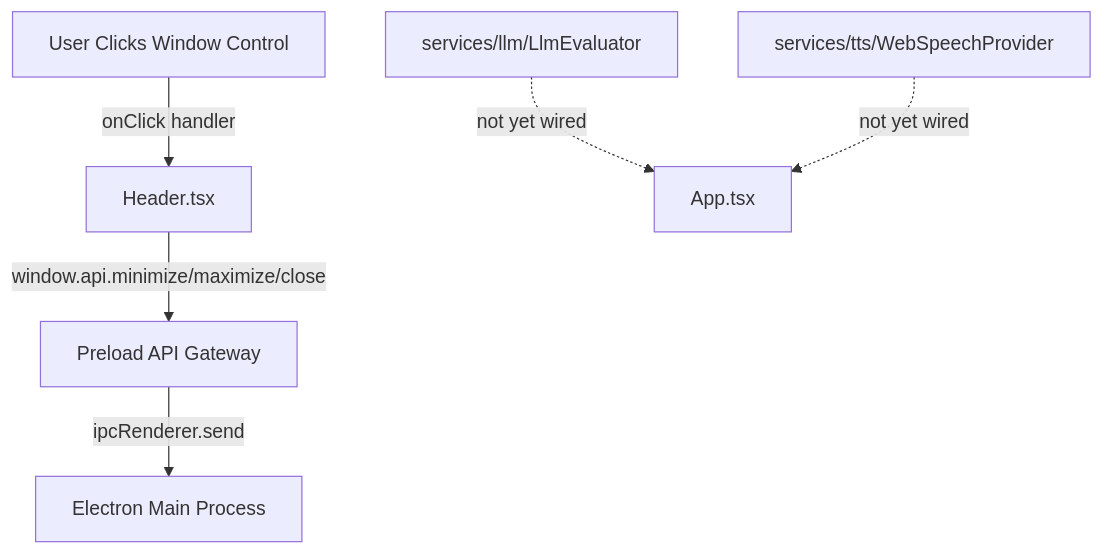
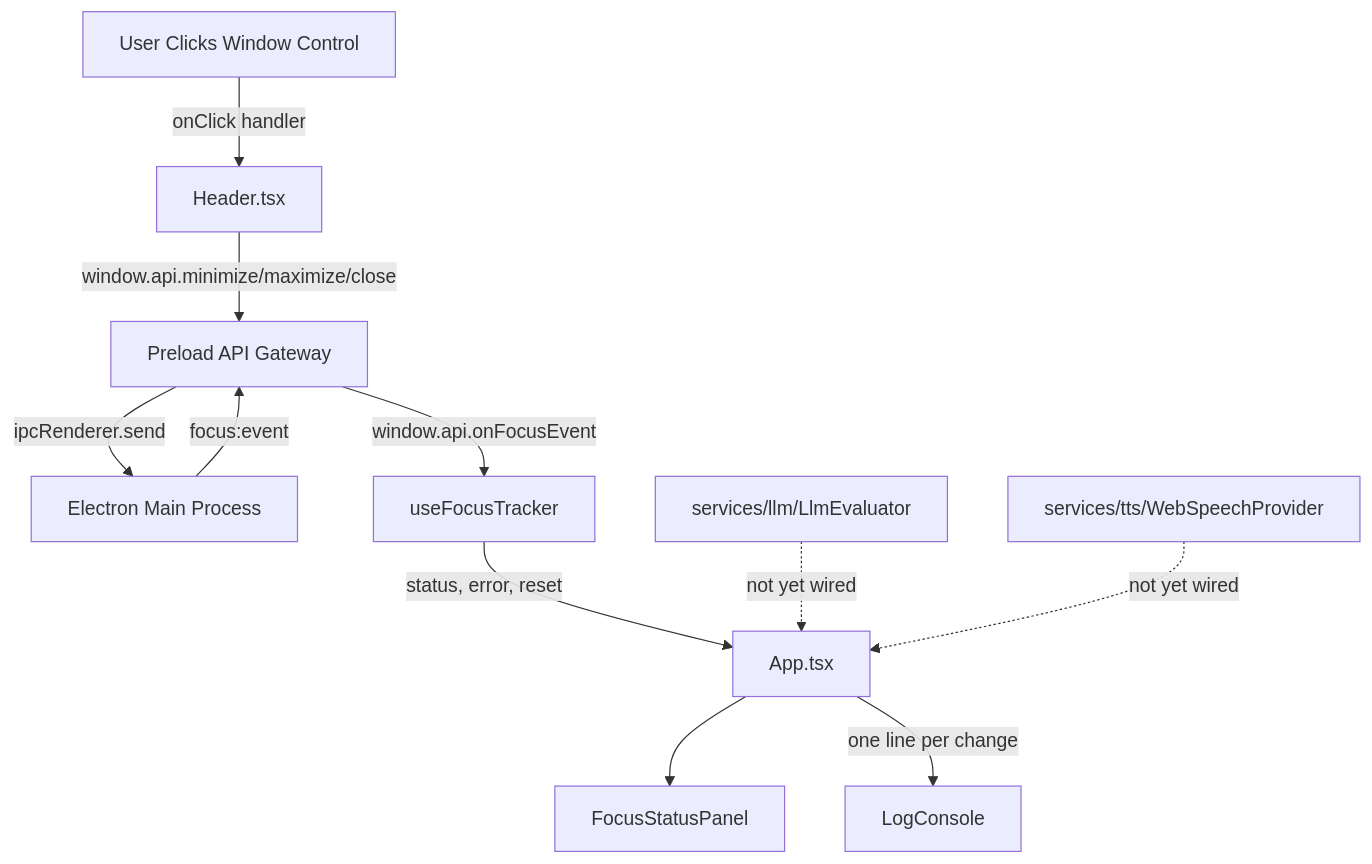
The diagram in src/renderer/CONTEXT.md (Masterslayer7/FocusSentinel), drawn with Mermaid before and after one commit. The commit also changed other lines of this file and 12 other files, not shown here.

First line of the commit message:
feat(focus): show live focus status in the app (Milestone 4)

````diff
--- a/src/renderer/CONTEXT.md
+++ b/src/renderer/CONTEXT.md
@@ -25,9 +29,15 @@
 ```mermaid
 graph TD
     User[User Clicks Window Control] -->|onClick handler| Header[Header.tsx]
     Header -->|window.api.minimize/maximize/close| Preload[Preload API Gateway]
     Preload -->|ipcRenderer.send| Main[Electron Main Process]
 
-    LLM[services/llm/LlmEvaluator] -.not yet wired.-> App[App.tsx]
+    Main -->|focus:event| Preload
+    Preload -->|window.api.onFocusEvent| Hook[useFocusTracker]
+    Hook -->|status, error, reset| App[App.tsx]
+    App --> Panel[FocusStatusPanel]
+    App -->|one line per change| Log[LogConsole]
+
+    LLM[services/llm/LlmEvaluator] -.not yet wired.-> App
     TTS[services/tts/WebSpeechProvider] -.not yet wired.-> App
 ```
````
